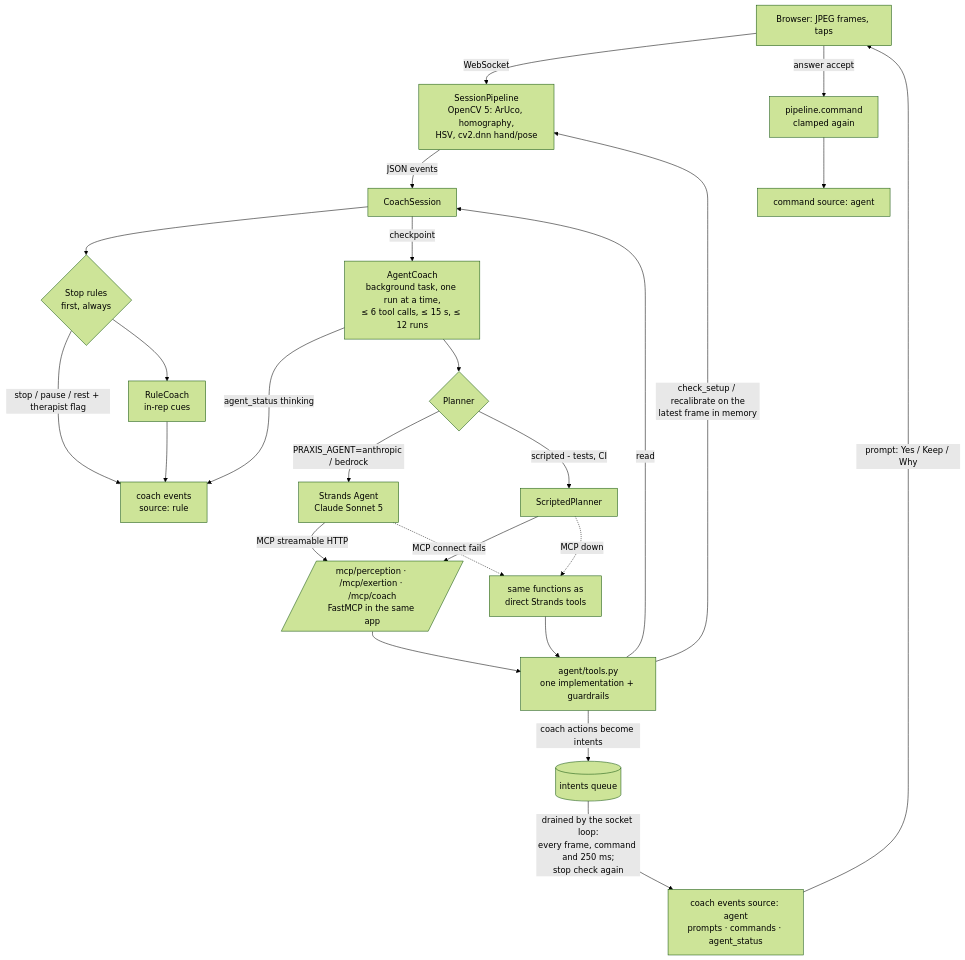
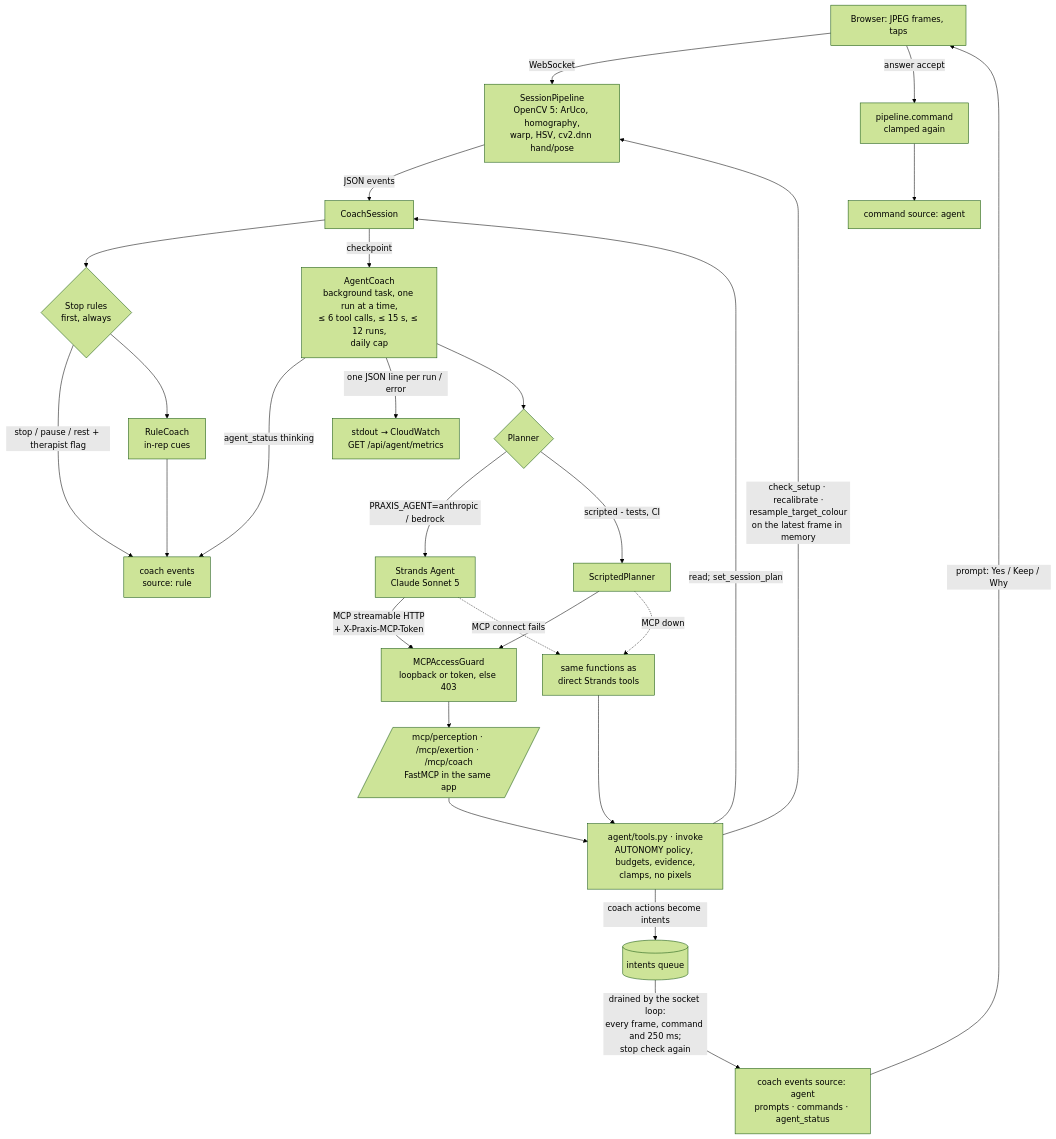
Before and after one commit to Sathvik609/Praxis: the diagram in docs/AGENT.md, drawn with Mermaid (forest theme). The commit also changed other lines of this file and 3 other files, not shown here.

First line of the commit message:
docs(agent): rubric-to-evidence table, autonomy policy, plan, security, observability, ablation

````diff
--- a/docs/AGENT.md
+++ b/docs/AGENT.md
@@ -19,26 +35,28 @@
 ```mermaid
 flowchart TD
-    B[Browser: JPEG frames, taps] -->|WebSocket| P[SessionPipeline<br/>OpenCV 5: ArUco, homography,<br/>HSV, cv2.dnn hand/pose]
+    B[Browser: JPEG frames, taps] -->|WebSocket| P[SessionPipeline<br/>OpenCV 5: ArUco, homography,<br/>warp, HSV, cv2.dnn hand/pose]
     P -->|JSON events| S[CoachSession]
     S --> SR{Stop rules<br/>first, always}
     SR -->|stop / pause / rest + therapist flag| OUT
     SR --> RC[RuleCoach<br/>in-rep cues]
     RC --> OUT[coach events<br/>source: rule]
-    S -->|checkpoint| AC[AgentCoach<br/>background task, one run at a time,<br/>≤ 6 tool calls, ≤ 15 s, ≤ 12 runs]
+    S -->|checkpoint| AC[AgentCoach<br/>background task, one run at a time,<br/>≤ 6 tool calls, ≤ 15 s, ≤ 12 runs,<br/>daily cap]
     AC -->|agent_status thinking| OUT
+    AC -->|one JSON line per run / error| LOG[stdout → CloudWatch<br/>GET /api/agent/metrics]
     AC --> PL{Planner}
     PL -->|PRAXIS_AGENT=anthropic / bedrock| ST[Strands Agent<br/>Claude Sonnet 5]
     PL -->|scripted - tests, CI| SC[ScriptedPlanner]
-    ST -->|MCP streamable HTTP| MCP[/mcp/perception · /mcp/exertion · /mcp/coach<br/>FastMCP in the same app/]
+    ST -->|MCP streamable HTTP<br/>+ X-Praxis-MCP-Token| G[MCPAccessGuard<br/>loopback or token, else 403]
+    SC --> G
+    G --> MCP[/mcp/perception · /mcp/exertion · /mcp/coach<br/>FastMCP in the same app/]
     ST -. MCP connect fails .-> DIR[same functions as<br/>direct Strands tools]
-    SC --> MCP
     SC -. MCP down .-> DIR
-    MCP --> T[agent/tools.py<br/>one implementation + guardrails]
+    MCP --> T[agent/tools.py · invoke<br/>AUTONOMY policy, budgets, evidence,<br/>clamps, no pixels]
     DIR --> T
-    T -->|check_setup / recalibrate on the<br/>latest frame in memory| P
-    T -->|read| S
+    T -->|check_setup · recalibrate ·<br/>resample_target_colour<br/>on the latest frame in memory| P
+    T -->|read; set_session_plan| S
     T -->|coach actions become intents| Q[(intents queue)]
     Q -->|drained by the socket loop:<br/>every frame, command and 250 ms;<br/>stop check again| OUT2[coach events source: agent<br/>prompts · commands · agent_status]
     OUT2 -->|prompt: Yes / Keep / Why| B
     B -->|answer accept| APPLY[pipeline.command<br/>clamped again] --> OUT3[command source: agent]
 ```
````
